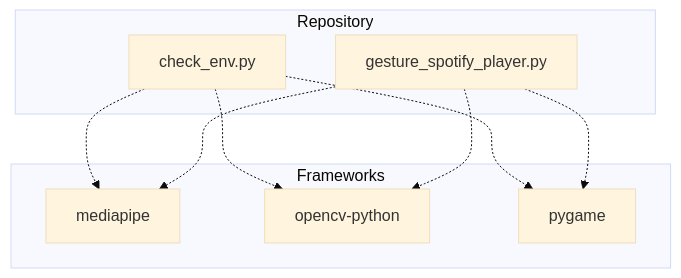
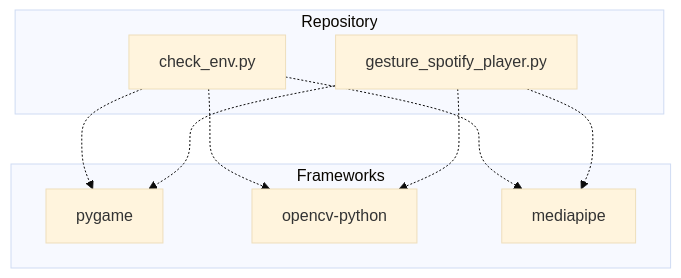
The first of 2 diagrams in README.md (NITISH-R-G/PalmPlay1), drawn with Mermaid (base theme) before and after one commit. The commit also changed other lines of this file and 3 other files, not shown here.

Commit message:
docs: update repository documentation and diagrams [skip ci]

````diff
--- a/README.md
+++ b/README.md
@@ -39,20 +39,20 @@
 ```mermaid
 graph TD
     subgraph Repository
         check_env_py[check_env.py]
         gesture_spotify_player_py[gesture_spotify_player.py]
         click check_env_py href "https://github.com/NITISH-R-G/PalmPlay1/blob/main/check_env.py" "View source code"
         click gesture_spotify_player_py href "https://github.com/NITISH-R-G/PalmPlay1/blob/main/gesture_spotify_player.py" "View source code"
     end
     subgraph Frameworks
+        fw_pygame[pygame]
+        fw_opencv_python[opencv-python]
         fw_mediapipe[mediapipe]
-        fw_opencv_python[opencv-python]
-        fw_pygame[pygame]
     end
+    check_env_py -.-> fw_pygame
+    check_env_py -.-> fw_opencv_python
     check_env_py -.-> fw_mediapipe
-    check_env_py -.-> fw_opencv_python
-    check_env_py -.-> fw_pygame
+    gesture_spotify_player_py -.-> fw_pygame
+    gesture_spotify_player_py -.-> fw_opencv_python
     gesture_spotify_player_py -.-> fw_mediapipe
-    gesture_spotify_player_py -.-> fw_opencv_python
-    gesture_spotify_player_py -.-> fw_pygame
 ```
````
